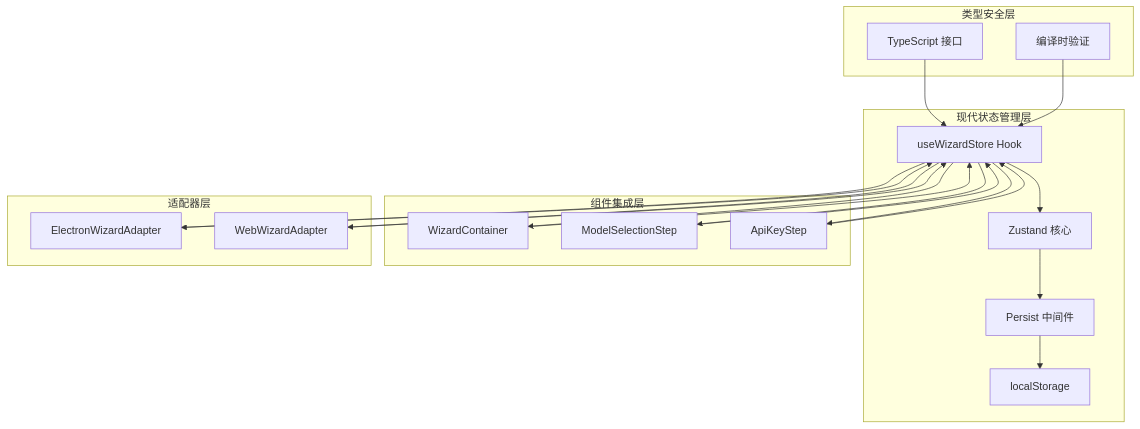
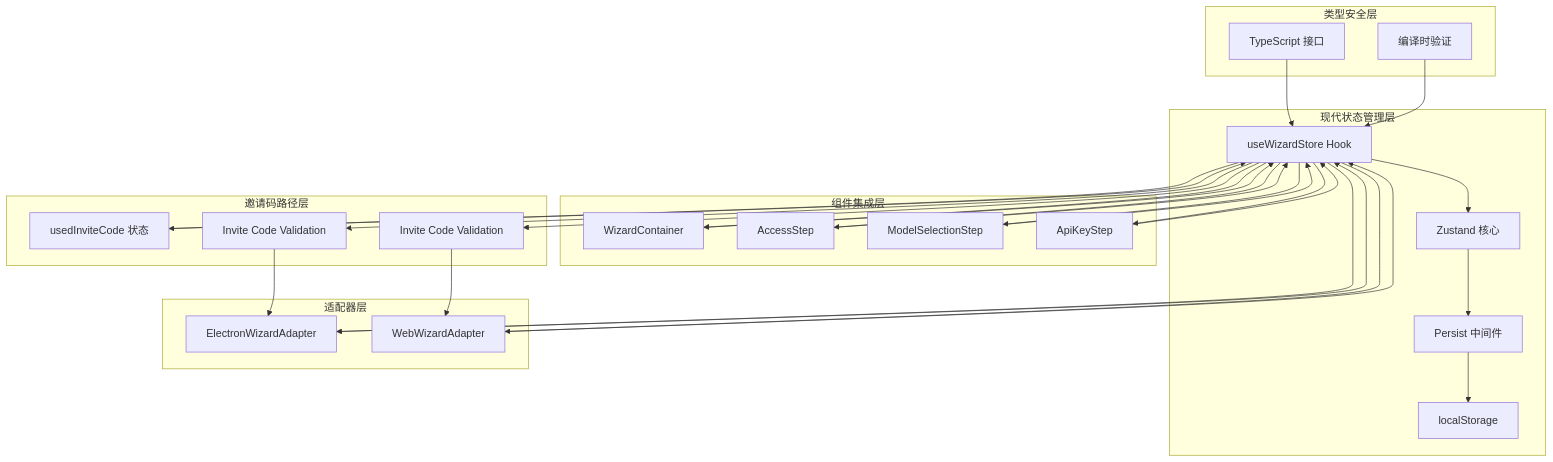
Before and after one commit to verse-ai-org/openclaw: the fourth of 11 diagrams in .qoder/repowiki/zh/content/设置向导状态管理.md, drawn with Mermaid. The commit also changed other lines of this file and 31 other files, not shown here.

````diff
--- a/.qoder/repowiki/zh/content/设置向导状态管理.md
+++ b/.qoder/repowiki/zh/content/设置向导状态管理.md
@@ -172,26 +180,36 @@
 ```mermaid
 graph TD
 subgraph "现代状态管理层"
 A[useWizardStore Hook] --> B[Zustand 核心]
 B --> C[Persist 中间件]
 C --> D[localStorage]
 end
 subgraph "组件集成层"
 E[WizardContainer] --> A
-F[ModelSelectionStep] --> A
-G[ApiKeyStep] --> A
+F[AccessStep] --> A
+G[ModelSelectionStep] --> A
+H[ApiKeyStep] --> A
 end
 subgraph "适配器层"
-H[ElectronWizardAdapter] --> A
-I[WebWizardAdapter] --> A
+I[ElectronWizardAdapter] --> A
+J[WebWizardAdapter] --> A
 end
 subgraph "类型安全层"
-J[TypeScript 接口] --> A
-K[编译时验证] --> A
+K[TypeScript 接口] --> A
+L[编译时验证] --> A
+end
+subgraph "邀请码路径层"
+M[usedInviteCode 状态] --> A
+N[Invite Code Validation] --> I
+O[Invite Code Validation] --> J
 end
 A --> E
 A --> F
 A --> G
 A --> H
 A --> I
+A --> J
+A --> M
+A --> N
+A --> O
 ```
````
